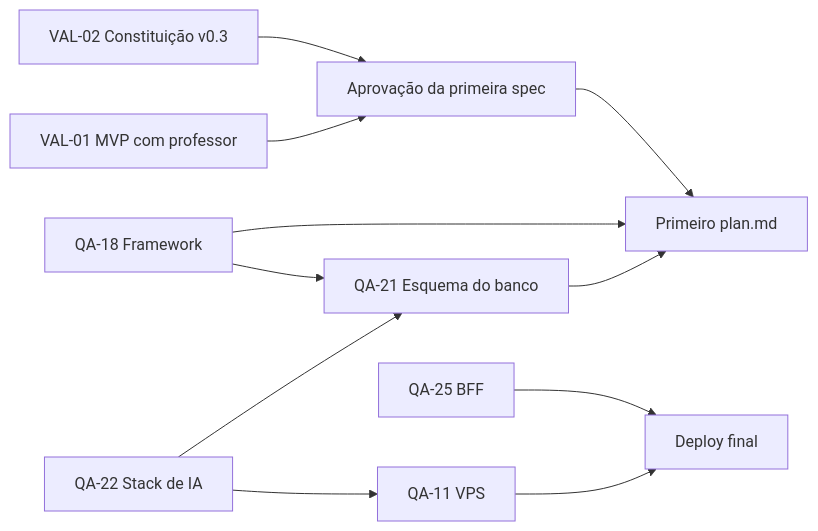
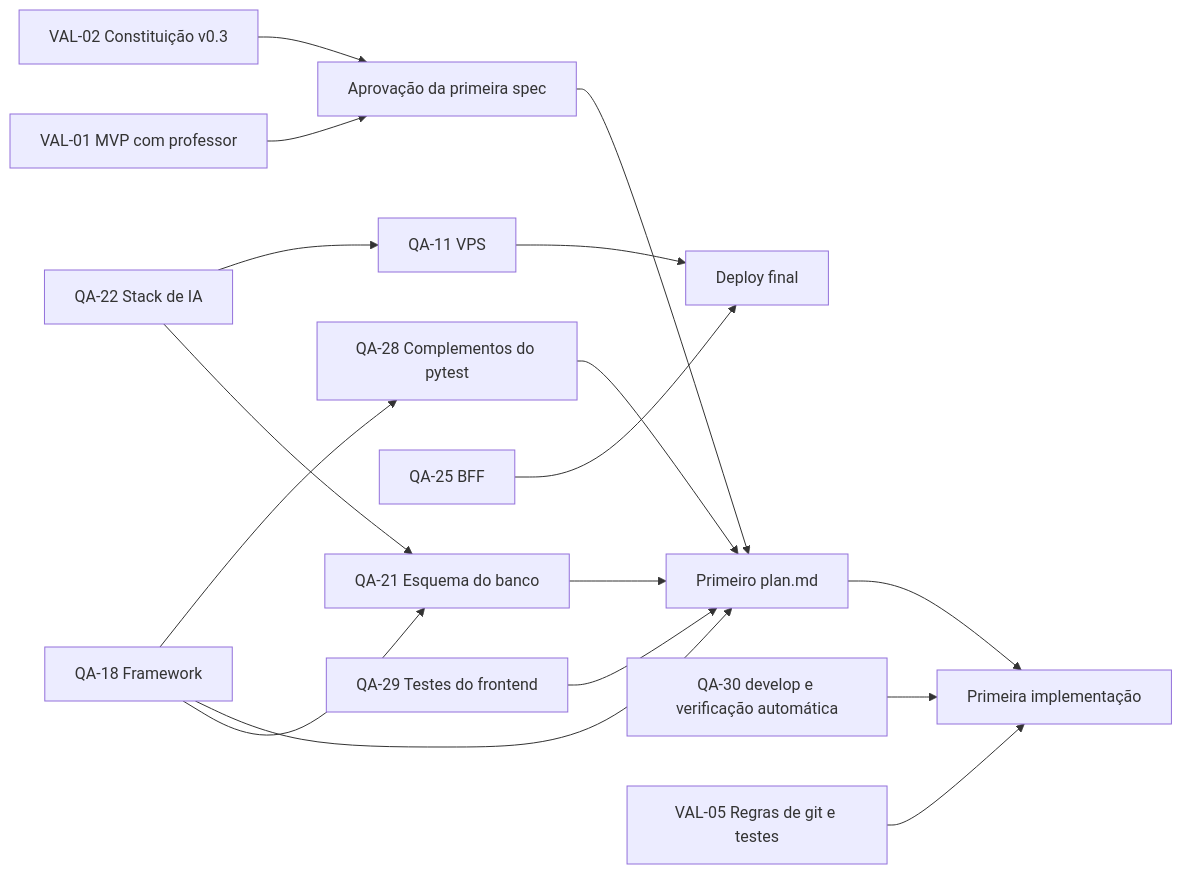
Before and after one commit to AAPW-Systems/plataforma-estudo-gamificada: the diagram in docs/produto/pendencias.md, drawn with Mermaid. The commit also changed other lines of this file and 5 other files, not shown here.

First line of the commit message:
docs: adiciona diretrizes de git e testes e registra pytest no research.md

````diff
--- a/docs/produto/pendencias.md
+++ b/docs/produto/pendencias.md
@@ -40,13 +44,19 @@
 ```mermaid
 flowchart LR
     QA22[QA-22 Stack de IA] --> QA21[QA-21 Esquema do banco]
     QA18[QA-18 Framework] --> QA21
     QA22 --> QA11[QA-11 VPS]
     QA21 --> PLAN[Primeiro plan.md]
     QA18 --> PLAN
     VAL01[VAL-01 MVP com professor] --> SPEC[Aprovação da primeira spec]
     VAL02[VAL-02 Constituição v0.3] --> SPEC
     SPEC --> PLAN
     QA11 --> DEPLOY[Deploy final]
     QA25[QA-25 BFF] --> DEPLOY
+    QA18 --> QA28[QA-28 Complementos do pytest]
+    QA28 --> PLAN
+    QA29[QA-29 Testes do frontend] --> PLAN
+    PLAN --> IMPL[Primeira implementação]
+    QA30[QA-30 develop e verificação automática] --> IMPL
+    VAL05[VAL-05 Regras de git e testes] --> IMPL
 ```
````
